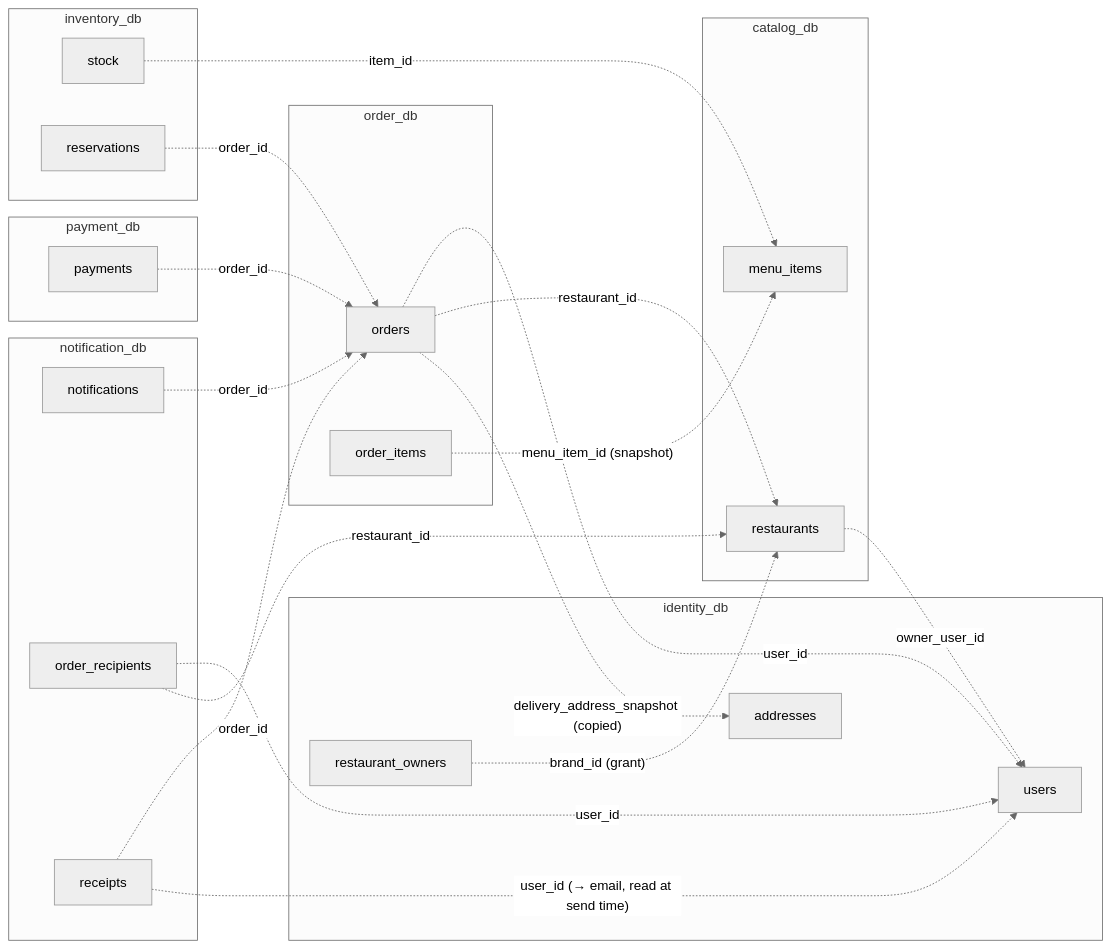
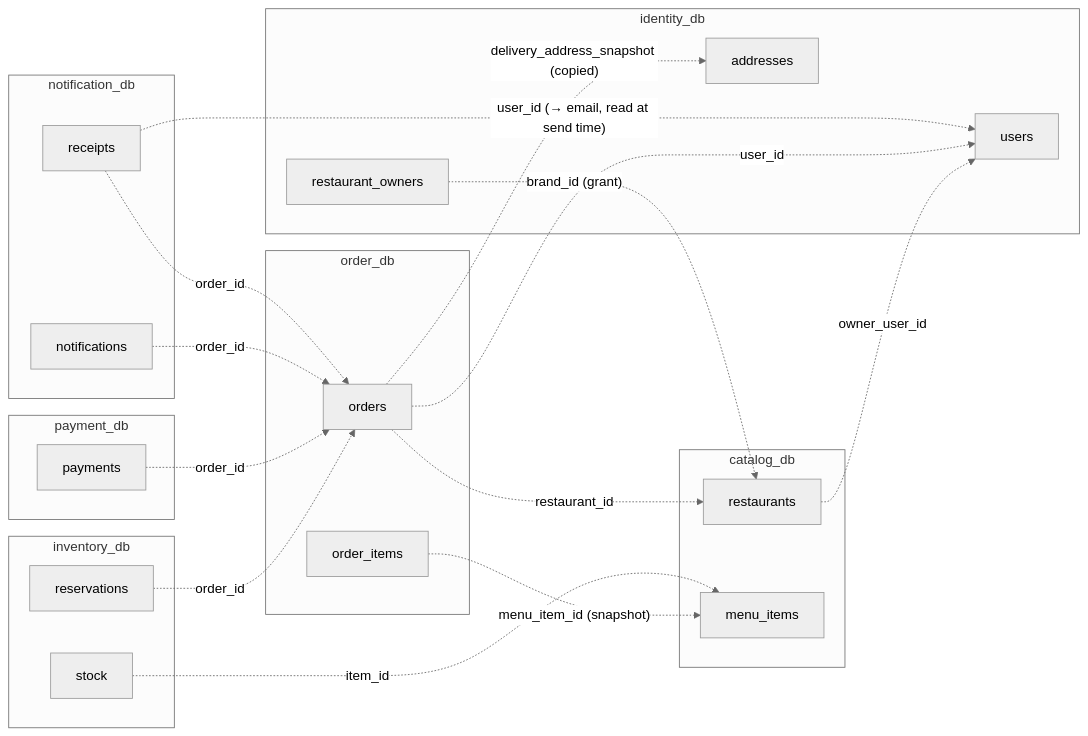
One commit to Aizazahmed-7/SmartFoodOps changed the seventh of 7 diagrams in docs/erd.md. Above: the diagram before and after it, drawn with Mermaid (neutral theme). The commit also changed other lines of this file and 34 other files, not shown here.

````diff
--- a/docs/erd.md
+++ b/docs/erd.md
@@ -514,43 +503,40 @@
 ```mermaid
 flowchart LR
     subgraph identity_db
         users[users]
         restaurant_owners[restaurant_owners]
         addresses[addresses]
     end
     subgraph catalog_db
         restaurants[restaurants]
         menu_items[menu_items]
     end
     subgraph order_db
         orders[orders]
         order_items[order_items]
     end
     subgraph inventory_db
         stock[stock]
         reservations[reservations]
     end
     subgraph payment_db
         payments[payments]
     end
     subgraph notification_db
         notifications[notifications]
-        order_recipients[order_recipients]
         receipts[receipts]
     end
 
     restaurants -. "owner_user_id" .-> users
     restaurant_owners -. "brand_id (grant)" .-> restaurants
     orders -. "user_id" .-> users
     orders -. "restaurant_id" .-> restaurants
     orders -. "delivery_address_snapshot (copied)" .-> addresses
     order_items -. "menu_item_id (snapshot)" .-> menu_items
     stock -. "item_id" .-> menu_items
     reservations -. "order_id" .-> orders
     payments -. "order_id" .-> orders
     notifications -. "order_id" .-> orders
-    order_recipients -. "user_id" .-> users
-    order_recipients -. "restaurant_id" .-> restaurants
     receipts -. "order_id" .-> orders
     receipts -. "user_id (→ email, read at send time)" .-> users
 ```
````
